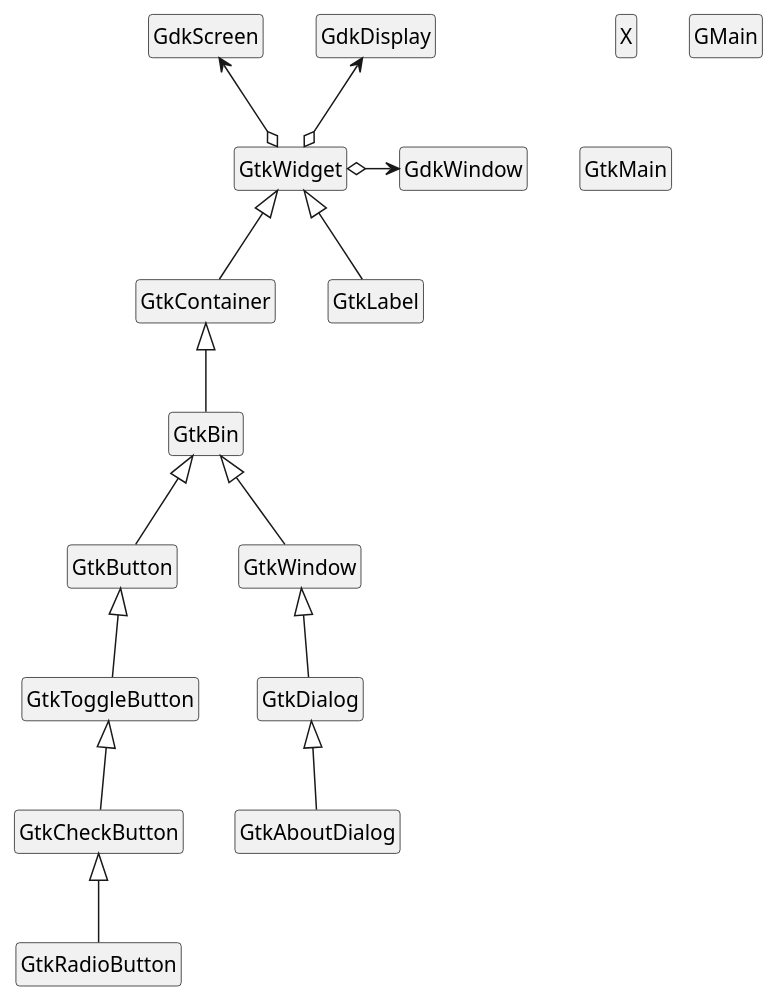
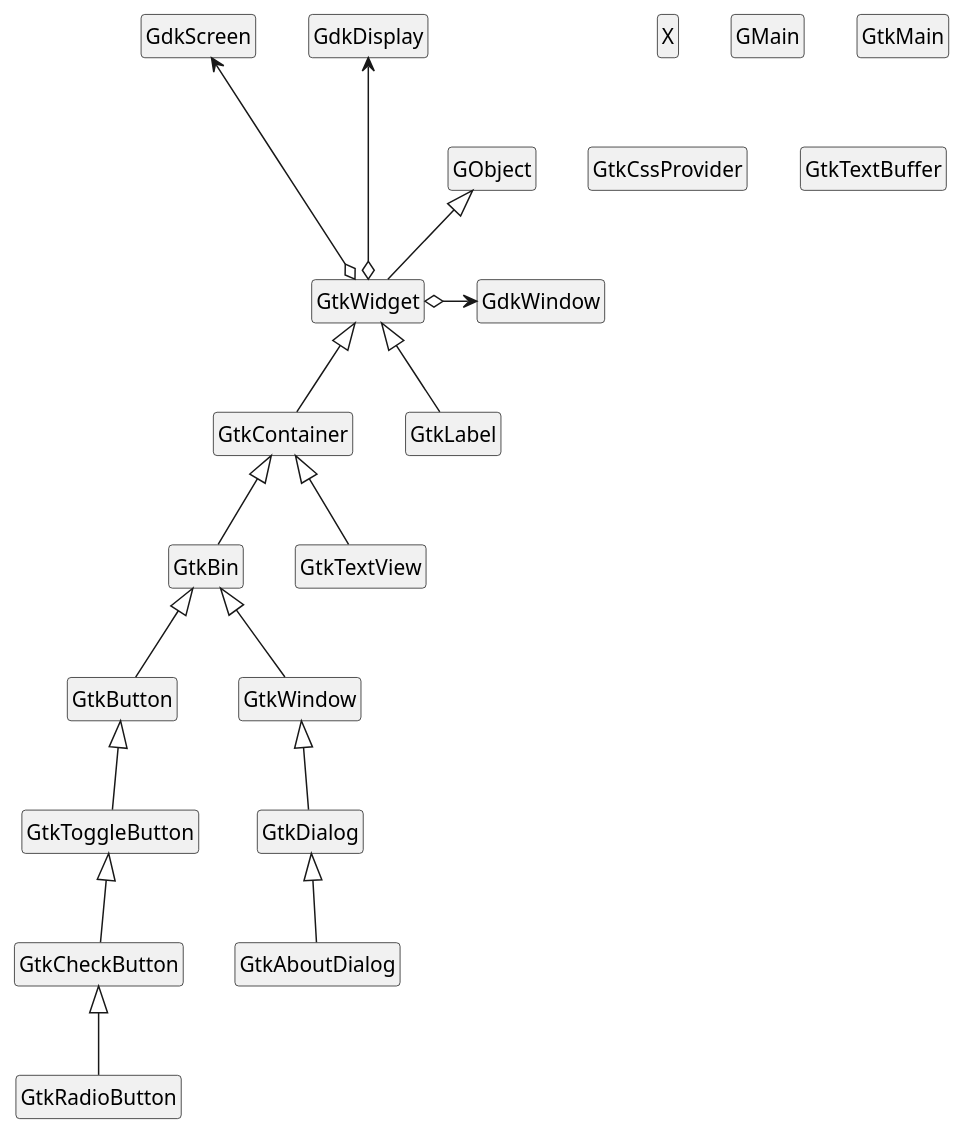
One commit to MARTIMM/gtk-v3 changed the diagram in doc/Design.md. Above: the diagram before and after it, drawn with PlantUML. The commit also changed 3 other files, not shown here.

````diff
--- a/doc/Design.md
+++ b/doc/Design.md
@@ -6,57 +6,65 @@
 ```plantuml
 
 hide members
 hide circle
 
 'class Gui
 'class GSignal
 'GSignal <|-- GtkWidget
 'X <-* Gui
 
 
 class X
 
 class GMain
 
 class GdkScreen
 class GdkDisplay
 class GdkWindow
 
+class GtkMain
+class GtkCssProvider
+class GtkTextBuffer
 
-class GtkMain
+class GObject
+
 class GtkWidget
-GdkScreen <--o GtkWidget
-GdkDisplay <--o GtkWidget
-GtkWidget o-> GdkWindow
-
 
 class GtkBin
 class GtkContainer
+class GtkTextView
 
 class GtkLabel
 
 class GtkButton
 class GtkToggleButton
 class GtkCheckButton
 class GtkRadioButton
 
 class GtkWindow
 class GtkDialog
 class GtkAboutDialog
 
 GtkBin <|-- GtkButton
 GtkButton <|-- GtkToggleButton
 GtkToggleButton <|-- GtkCheckButton
 GtkCheckButton <|-- GtkRadioButton
 
 GtkBin <|-- GtkWindow
 GtkWindow <|-- GtkDialog
 GtkDialog <|-- GtkAboutDialog
 
 GtkWidget <|-- GtkLabel
 
 GtkContainer <|-- GtkBin
+GtkContainer <|-- GtkTextView
 GtkWidget <|-- GtkContainer
+GObject <|-- GtkWidget
 'GtkBin --* GtkButton
 
+GdkScreen <---o GtkWidget
+GdkDisplay <---o GtkWidget
+GtkWidget o-> GdkWindow
+
+
 ```
````
